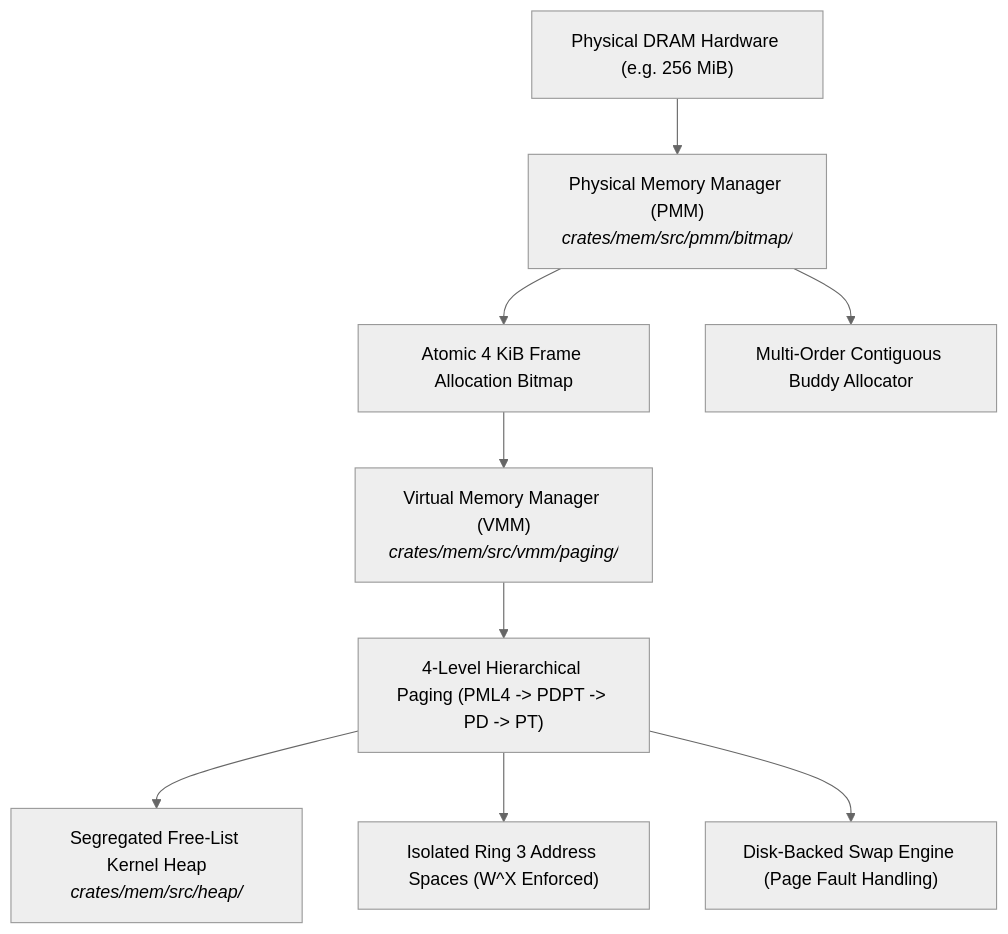
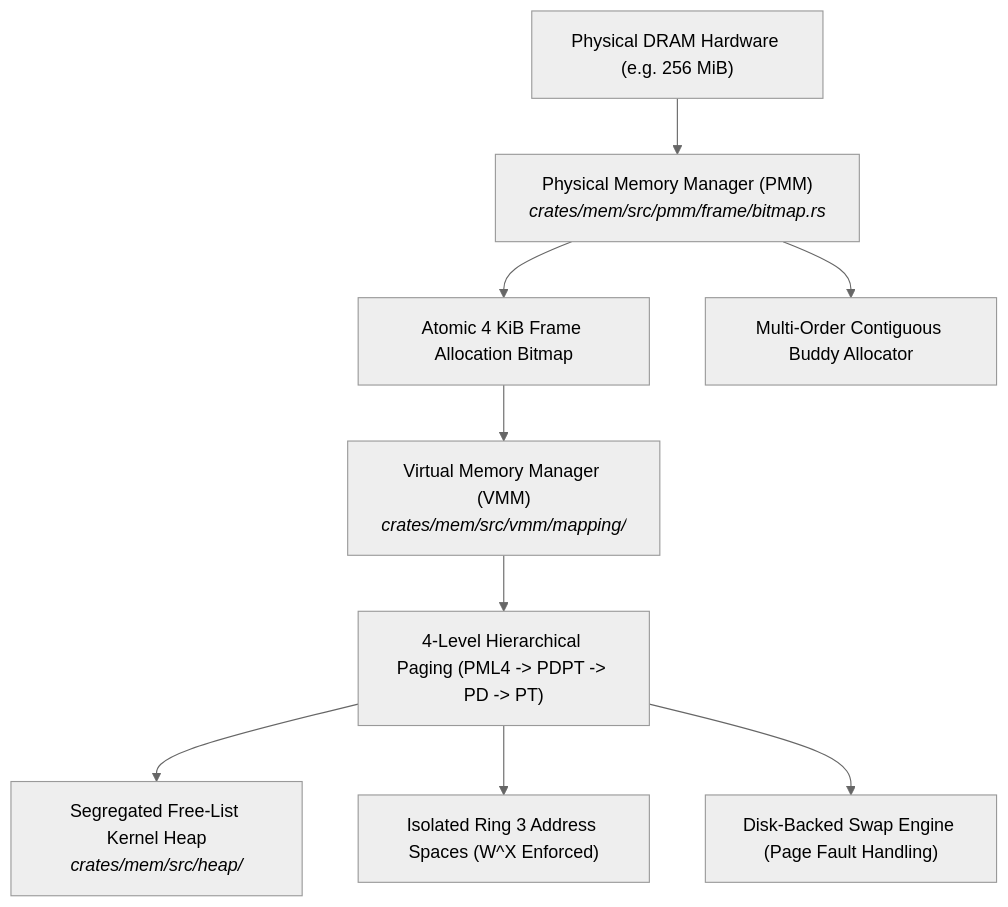
Before and after one commit to mrvlous/keira: the diagram in docs/journey/memory.md, drawn with Mermaid (neutral theme).

Commit message:
docs(mem): synchronize journey memory guide with pmm frame and vmm mapping

````diff
--- a/docs/journey/memory.md
+++ b/docs/journey/memory.md
@@ -11,11 +11,11 @@
 ```mermaid
 graph TD
-    Hardware["Physical DRAM Hardware (e.g. 256 MiB)"] --> PMM["Physical Memory Manager (PMM)<br/><i>crates/mem/src/pmm/bitmap/</i>"]
+    Hardware["Physical DRAM Hardware (e.g. 256 MiB)"] --> PMM["Physical Memory Manager (PMM)<br/><i>crates/mem/src/pmm/frame/bitmap.rs</i>"]
     PMM --> FrameBitmap["Atomic 4 KiB Frame Allocation Bitmap"]
     PMM --> BuddyAlloc["Multi-Order Contiguous Buddy Allocator"]
-    FrameBitmap --> VMM["Virtual Memory Manager (VMM)<br/><i>crates/mem/src/vmm/paging/</i>"]
+    FrameBitmap --> VMM["Virtual Memory Manager (VMM)<br/><i>crates/mem/src/vmm/mapping/</i>"]
     VMM --> PageTables["4-Level Hierarchical Paging (PML4 -> PDPT -> PD -> PT)"]
     PageTables --> KernelHeap["Segregated Free-List Kernel Heap<br/><i>crates/mem/src/heap/</i>"]
     PageTables --> UserVMM["Isolated Ring 3 Address Spaces (W^X Enforced)"]
     PageTables --> SwapEngine["Disk-Backed Swap Engine (Page Fault Handling)"]
 ```
````
